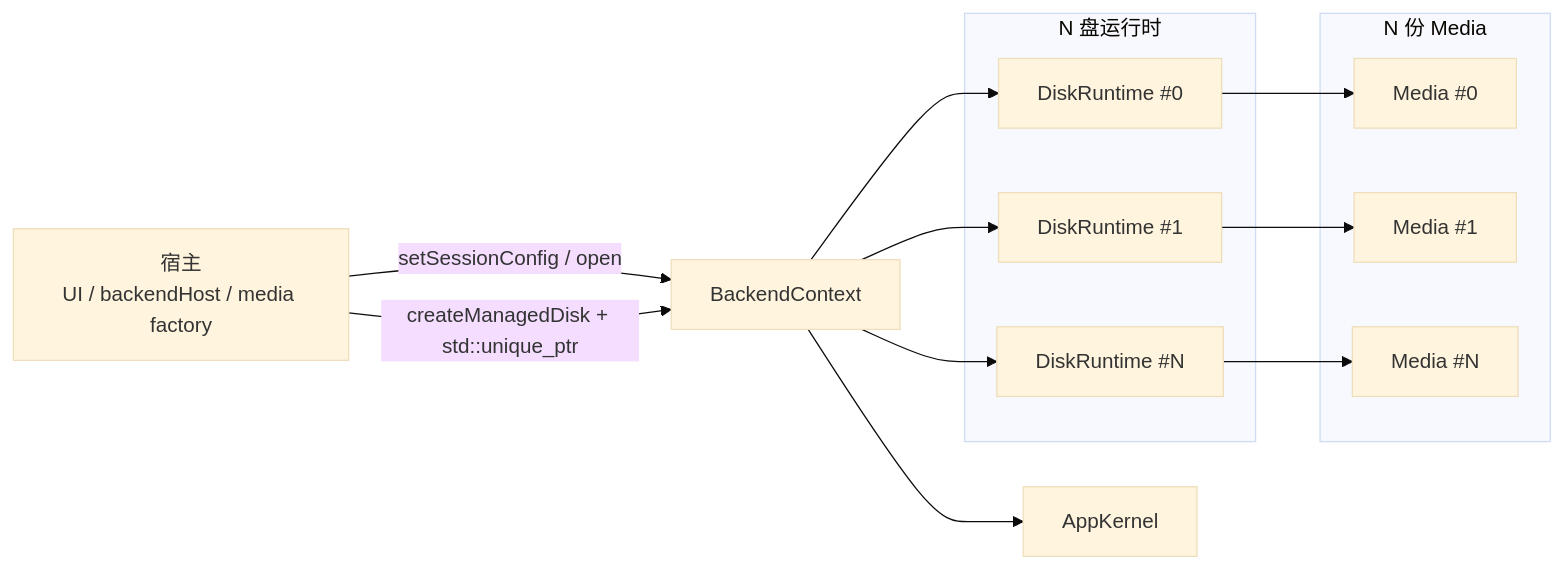
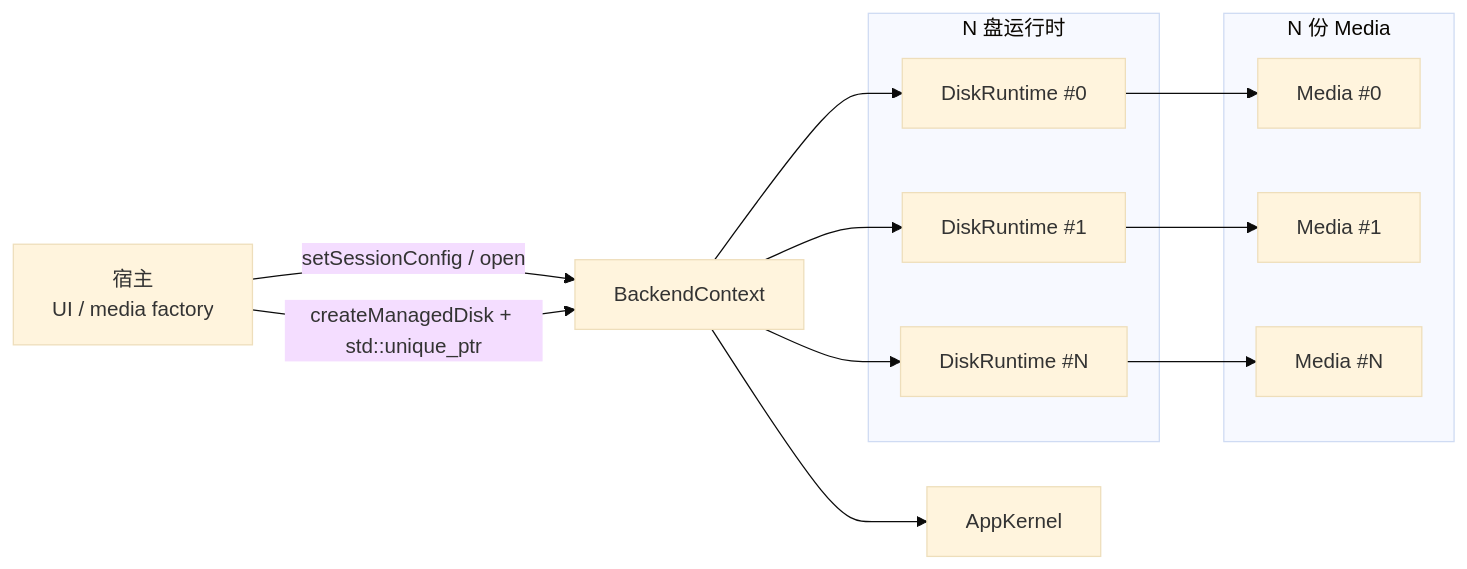
The diagram in windows/BackendCore/BackendCore-SDK文档.md (Zightch/yumedisk), drawn with Mermaid (base theme) before and after one commit. The commit also changed other lines of this file and 7 other files, not shown here.

Commit message:
docs: align architecture docs with current host stack

````diff
--- a/windows/BackendCore/BackendCore-SDK文档.md
+++ b/windows/BackendCore/BackendCore-SDK文档.md
@@ -155,29 +155,29 @@
 ```mermaid
 flowchart LR
-    Host[宿主<br/>UI / backendHost / media factory]
+    Host[宿主<br/>UI / media factory]
     Ctx[BackendContext]
 
     subgraph RuntimeN[N 盘运行时]
         R0[DiskRuntime #0]
         R1[DiskRuntime #1]
         RN[DiskRuntime #N]
     end
 
     subgraph MediaN[N 份 Media]
         M0[Media #0]
         M1[Media #1]
         MN[Media #N]
     end
 
     Kernel[AppKernel]
 
     Host -->|setSessionConfig / open| Ctx
     Host -->|createManagedDisk + std::unique_ptr<Media>| Ctx
     Ctx --> R0
     Ctx --> R1
     Ctx --> RN
     R0 --> M0
     R1 --> M1
     RN --> MN
     Ctx --> Kernel
 ```
````
